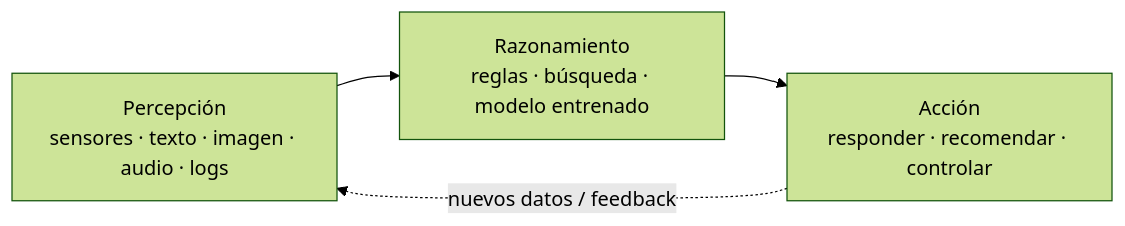
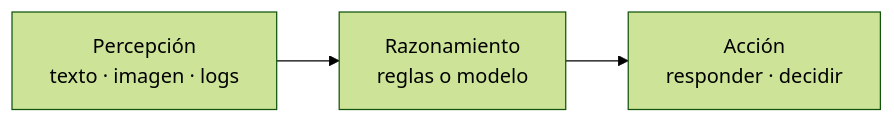
Before and after one commit to jmperez-profesor/mia: the diagram in docs/bloques/B01_RA1/sesion01.md, drawn with Mermaid (forest theme). The commit also changed other lines of this file and 1 other file, not shown here.

````diff
--- a/docs/bloques/B01_RA1/sesion01.md
+++ b/docs/bloques/B01_RA1/sesion01.md
@@ -36,6 +30,5 @@
 ```mermaid
 flowchart LR
-    A[Percepción<br/>sensores · texto · imagen · audio · logs] --> B[Razonamiento<br/>reglas · búsqueda · modelo entrenado]
-    B --> C[Acción<br/>responder · recomendar · controlar]
-    C -. nuevos datos / feedback .-> A
+    A[Percepción<br/>texto · imagen · logs] --> B[Razonamiento<br/>reglas o modelo]
+    B --> C[Acción<br/>responder · decidir]
 ```
````
